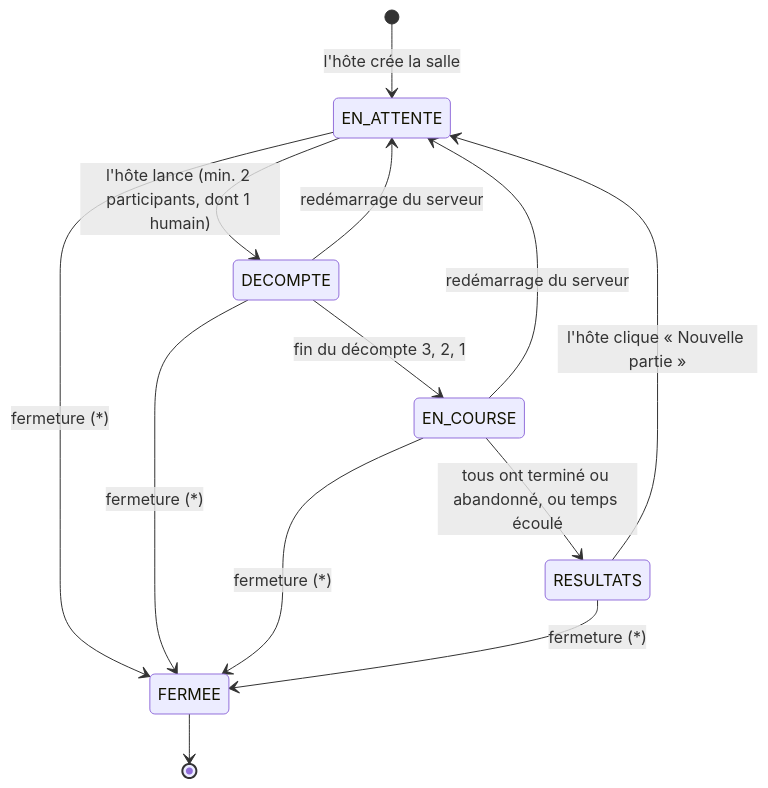
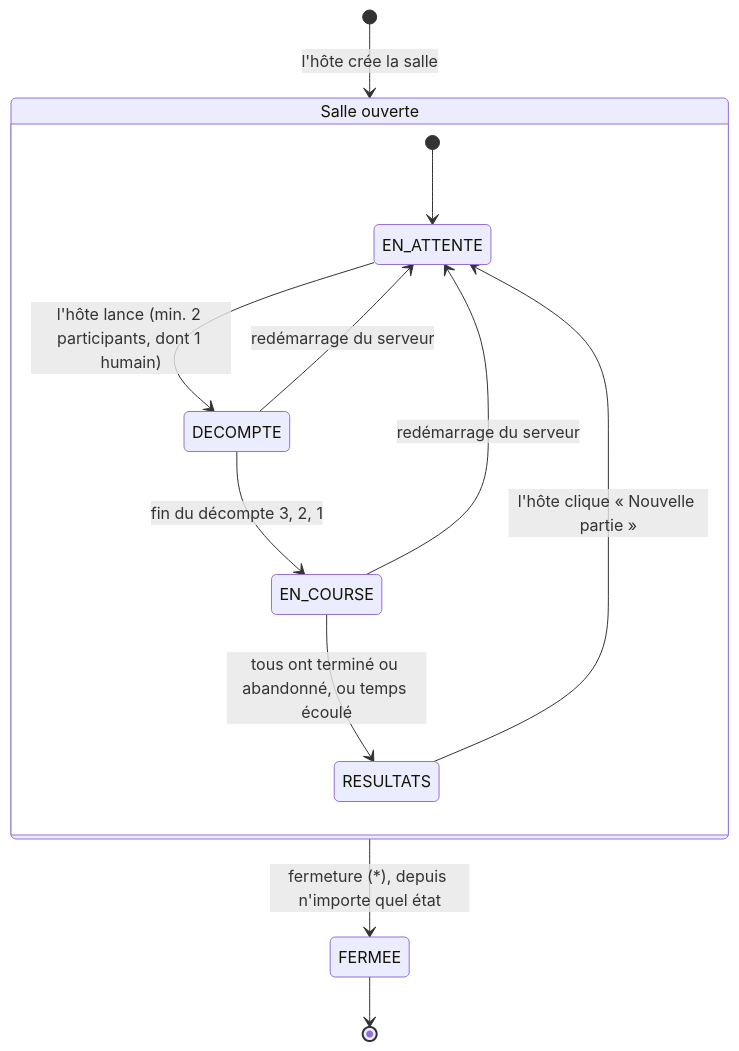
Before and after one commit to Onyyx256/typeracer: the second of 3 diagrams in docs/ARCHITECTURE.md, drawn with Mermaid. The commit also changed other lines of this file, not shown here.

Commit message:
docs: draw the open room states as one composite state
Four "fermeture" arrows, one from each state, tangled with the main
cycle and met other edges at the same points on the boxes. The waiting,
countdown, race and results states now sit inside a "Salle ouverte"
state with a single arrow to FERMEE, which still says a room can close
from any state.

(COURSE-01)

````diff
--- a/docs/ARCHITECTURE.md
+++ b/docs/ARCHITECTURE.md
@@ -138,15 +138,15 @@
 ```mermaid
 stateDiagram-v2
-    [*] --> EN_ATTENTE : l'hôte crée la salle
-    EN_ATTENTE --> DECOMPTE : l'hôte lance (min. 2 participants, dont 1 humain)
-    DECOMPTE --> EN_COURSE : fin du décompte 3, 2, 1
-    EN_COURSE --> RESULTATS : tous ont terminé ou abandonné, ou temps écoulé
-    RESULTATS --> EN_ATTENTE : l'hôte clique « Nouvelle partie »
-    DECOMPTE --> EN_ATTENTE : redémarrage du serveur
-    EN_COURSE --> EN_ATTENTE : redémarrage du serveur
-    EN_ATTENTE --> FERMEE : fermeture (*)
-    DECOMPTE --> FERMEE : fermeture (*)
-    EN_COURSE --> FERMEE : fermeture (*)
-    RESULTATS --> FERMEE : fermeture (*)
+    [*] --> OUVERTE : l'hôte crée la salle
+    state "Salle ouverte" as OUVERTE {
+        [*] --> EN_ATTENTE
+        EN_ATTENTE --> DECOMPTE : l'hôte lance (min. 2 participants, dont 1 humain)
+        DECOMPTE --> EN_COURSE : fin du décompte 3, 2, 1
+        EN_COURSE --> RESULTATS : tous ont terminé ou abandonné, ou temps écoulé
+        RESULTATS --> EN_ATTENTE : l'hôte clique « Nouvelle partie »
+        DECOMPTE --> EN_ATTENTE : redémarrage du serveur
+        EN_COURSE --> EN_ATTENTE : redémarrage du serveur
+    }
+    OUVERTE --> FERMEE : fermeture (*), depuis n'importe quel état
     FERMEE --> [*]
 ```
````
